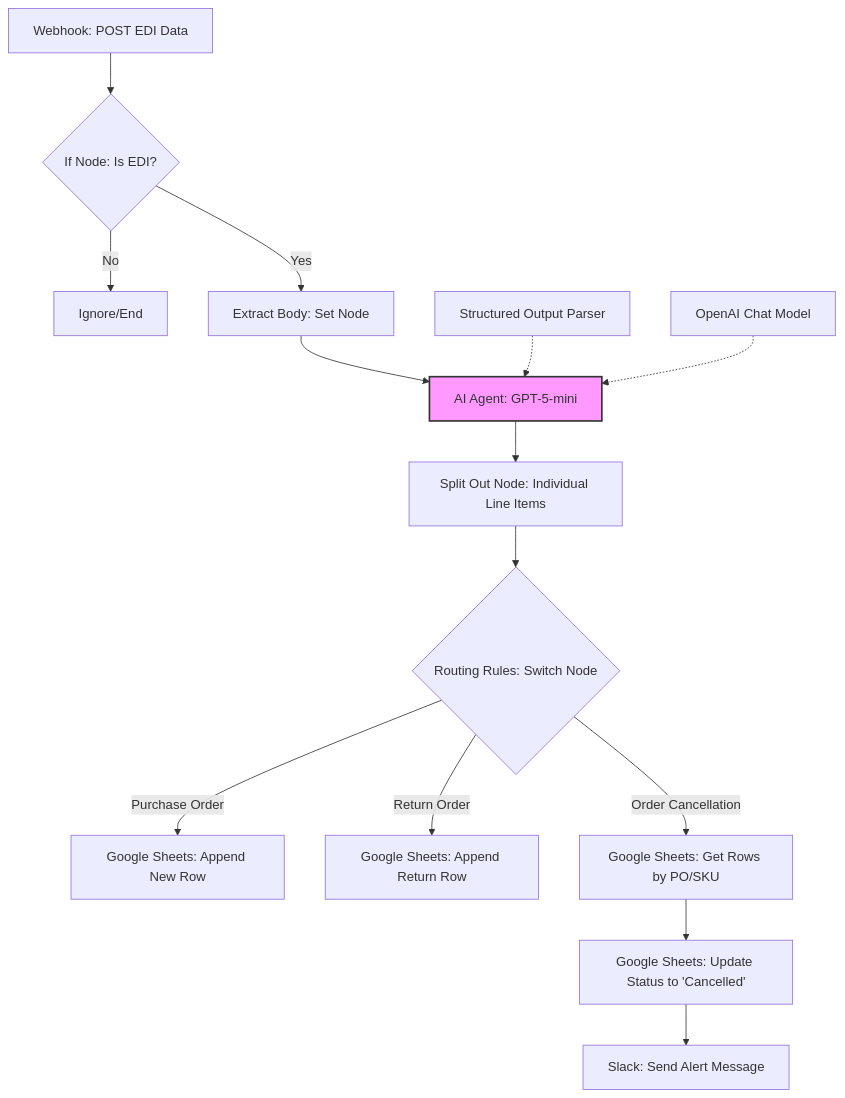
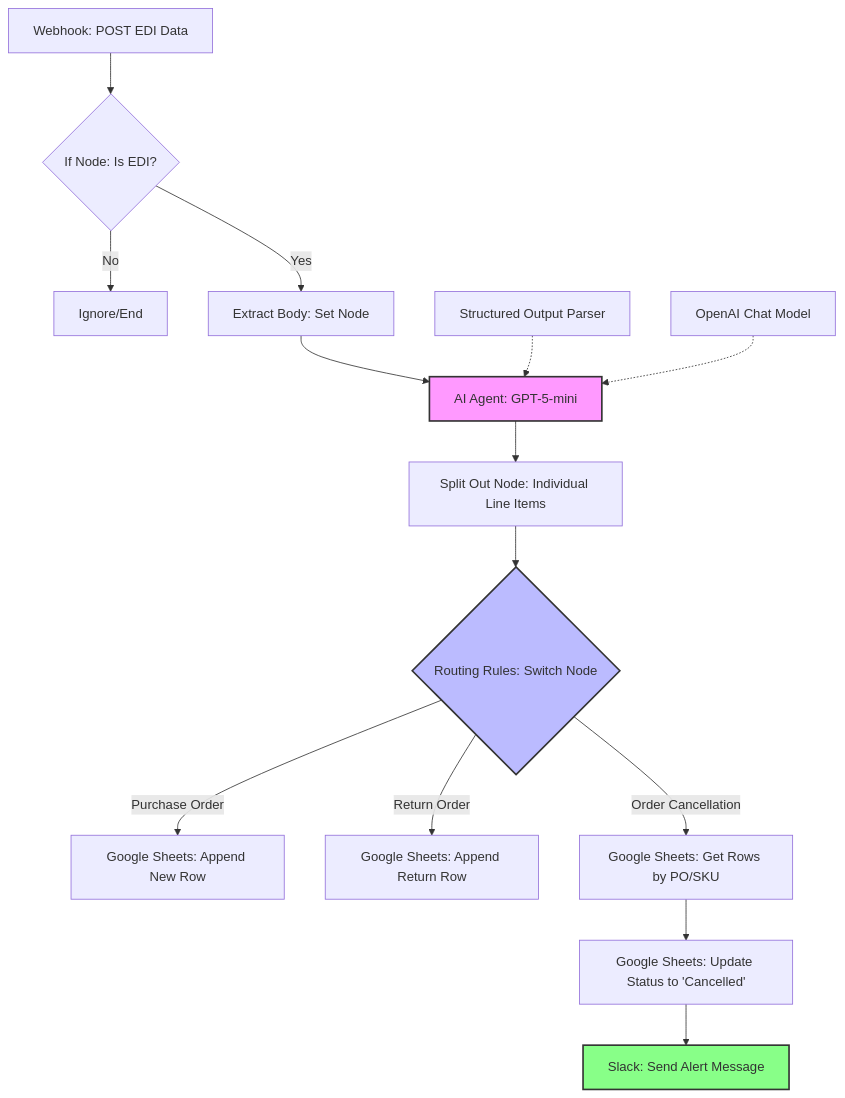
Before and after one commit to Pavithra-Sadheeshkumar/N8N-Automation: the diagram in Supply Chain Automation/README.md, drawn with Mermaid. The commit also changed other lines of this file, not shown here.

````diff
--- a/Supply Chain Automation/README.md
+++ b/Supply Chain Automation/README.md
@@ -48,31 +48,34 @@
 ```mermaid
   graph TD
     %% Ingestion Layer
     A[Webhook: POST EDI Data] --> B{If Node: Is EDI?}
     B -- No --> C[Ignore/End]
     B -- Yes --> D[Extract Body: Set Node]
 
     %% Processing Layer
     D --> E[AI Agent: GPT-5-mini]
     F[Structured Output Parser] -.-> E
     G[OpenAI Chat Model] -.-> E
     
     %% Transformation Layer
     E --> H[Split Out Node: Individual Line Items]
 
     %% Routing Layer
     H --> I{Routing Rules: Switch Node}
 
     %% Integration Layer
     I -- Purchase Order --> J[Google Sheets: Append New Row]
     I -- Return Order --> K[Google Sheets: Append Return Row]
     I -- Order Cancellation --> L[Google Sheets: Get Rows by PO/SKU]
     
     %% Update & Notification
     L --> M[Google Sheets: Update Status to 'Cancelled']
     M --> N[Slack: Send Alert Message]
 
     %% Styling
     style E fill:#f9f,stroke:#333,stroke-width:2px
 
+    style I fill:#bbf,stroke:#333,stroke-width:2px
+    style N fill:#8f8,stroke:#333,stroke-width:2px
+
 ```
````
